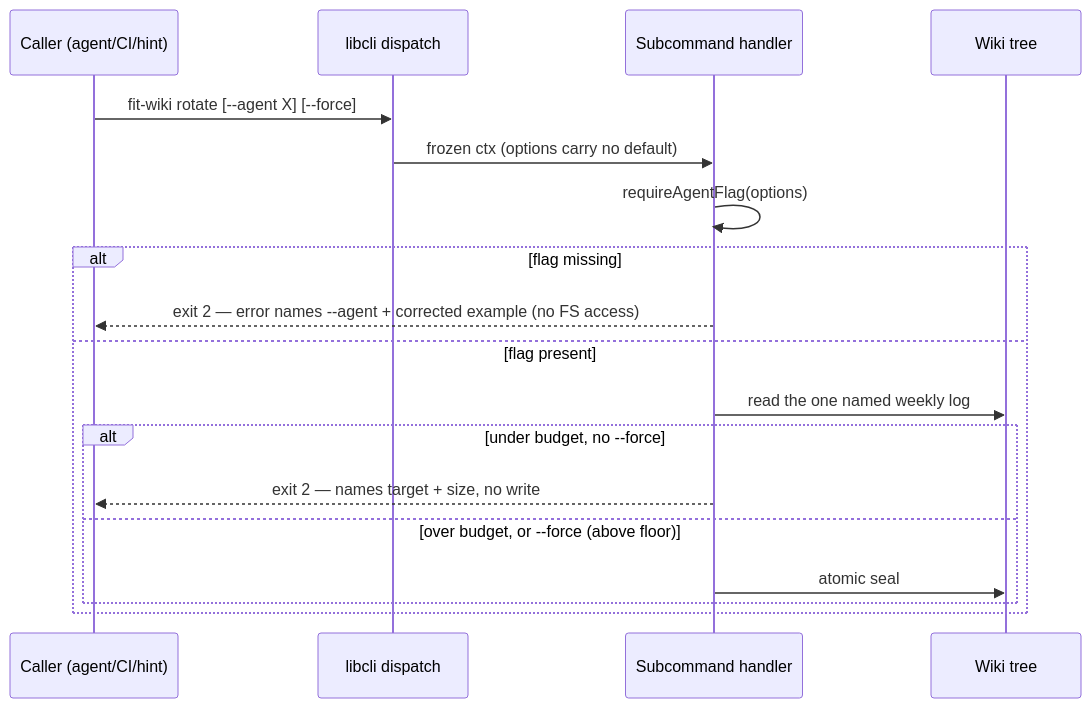
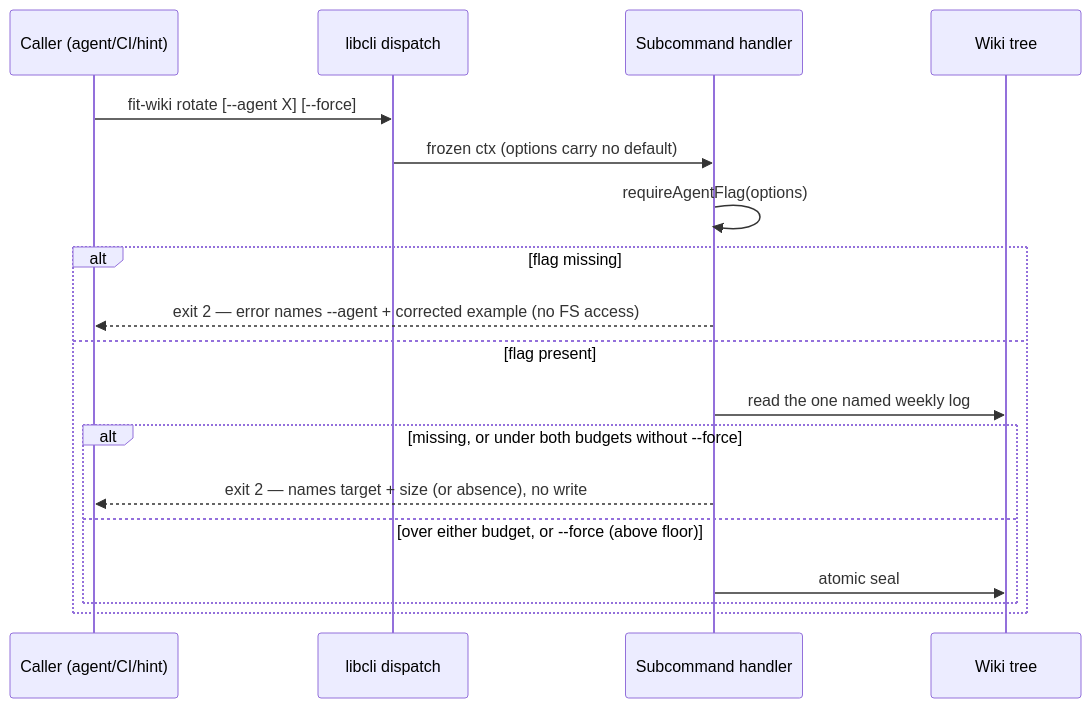
The second of 2 diagrams in specs/1740-fit-wiki-explicit-agent/design-a.md (forwardimpact/monorepo), drawn with Mermaid before and after one commit. The commit also changed other lines of this file, not shown here.

````diff
--- a/specs/1740-fit-wiki-explicit-agent/design-a.md
+++ b/specs/1740-fit-wiki-explicit-agent/design-a.md
@@ -67,20 +69,20 @@
 ```mermaid
 sequenceDiagram
   participant C as Caller (agent/CI/hint)
   participant CLI as libcli dispatch
   participant H as Subcommand handler
   participant FS as Wiki tree
   C->>CLI: fit-wiki rotate [--agent X] [--force]
   CLI->>H: frozen ctx (options carry no default)
   H->>H: requireAgentFlag(options)
   alt flag missing
     H-->>C: exit 2 — error names --agent + corrected example (no FS access)
   else flag present
     H->>FS: read the one named weekly log
-    alt under budget, no --force
-      H-->>C: exit 2 — names target + size, no write
-    else over budget, or --force (above floor)
+    alt missing, or under both budgets without --force
+      H-->>C: exit 2 — names target + size (or absence), no write
+    else over either budget, or --force (above floor)
       H->>FS: atomic seal
     end
   end
 ```
````
